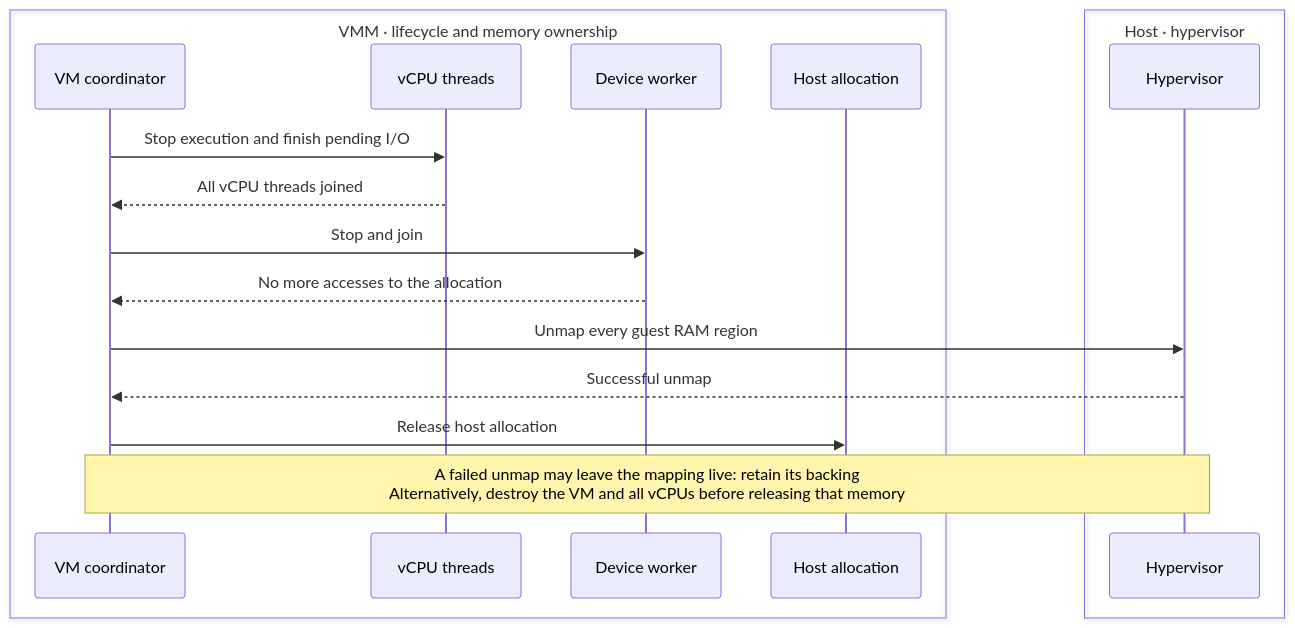
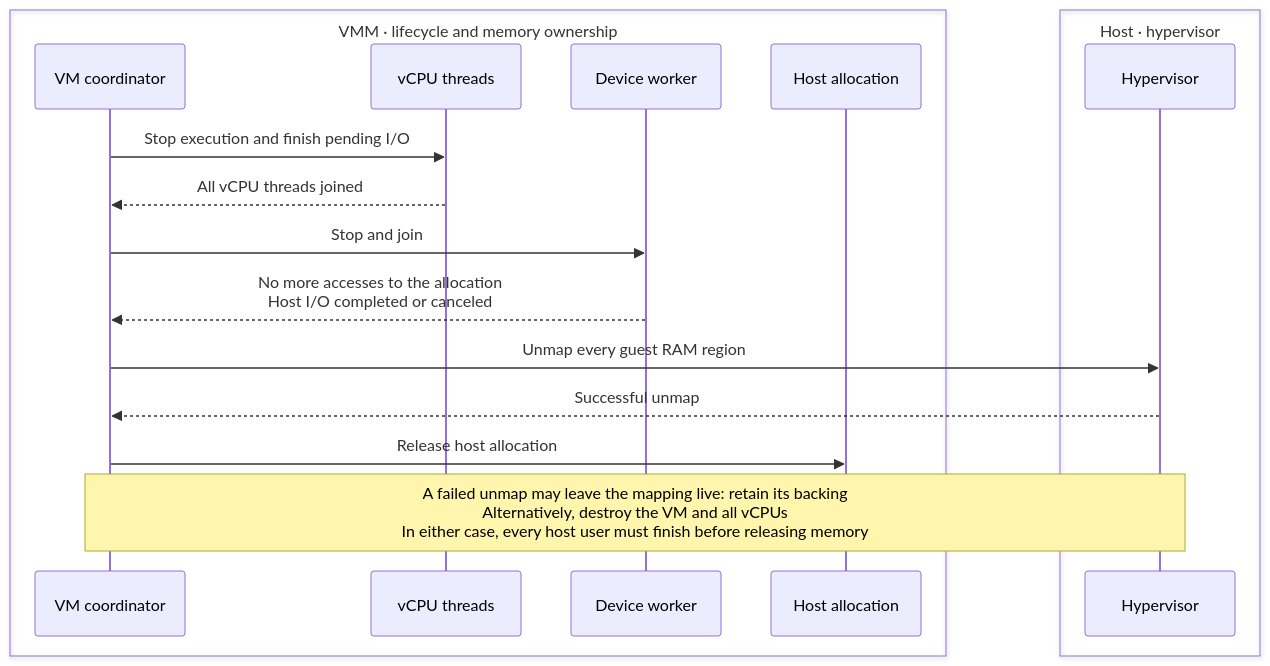
Before and after one commit to boxlite-ai/boxlite: the eighth of 10 diagrams in docs/architecture/vmm/memory.md, drawn with Mermaid. The commit also changed 2 other files, not shown here.

Commit message:
docs(hypervisor): clarify guest memory ownership
Keep guest RAM alive until the hypervisor mapping and every host-side
memory user are finished, including device workers and in-flight I/O.
Align the teardown diagram with that safety contract and link the pinned
Firecracker sources explicitly.

````diff
--- a/docs/architecture/vmm/memory.md
+++ b/docs/architecture/vmm/memory.md
@@ -206,27 +206,27 @@
 ```mermaid
 sequenceDiagram
   box VMM · lifecycle and memory ownership
     participant coordinator as VM coordinator
     participant vcpus as vCPU threads
     participant worker as Device worker
     participant backing as Host allocation
   end
   box Host · hypervisor
     participant host_api as Hypervisor
   end
   %% edge:memory_8_e1
   coordinator->>vcpus: Stop execution and finish pending I/O
   %% edge:memory_8_e2
   vcpus-->>coordinator: All vCPU threads joined
   %% edge:memory_8_e3
   coordinator->>worker: Stop and join
   %% edge:memory_8_e4
-  worker-->>coordinator: No more accesses to the allocation
+  worker-->>coordinator: No more accesses to the allocation<br/>Host I/O completed or canceled
   %% edge:memory_8_e5
   coordinator->>host_api: Unmap every guest RAM region
   %% edge:memory_8_e6
   host_api-->>coordinator: Successful unmap
   %% edge:memory_8_e7
   coordinator->>backing: Release host allocation
-  Note over coordinator,host_api: A failed unmap may leave the mapping live: retain its backing<br/>Alternatively, destroy the VM and all vCPUs before releasing that memory
+  Note over coordinator,host_api: A failed unmap may leave the mapping live: retain its backing<br/>Alternatively, destroy the VM and all vCPUs<br/>In either case, every host user must finish before releasing memory
 ```
````
